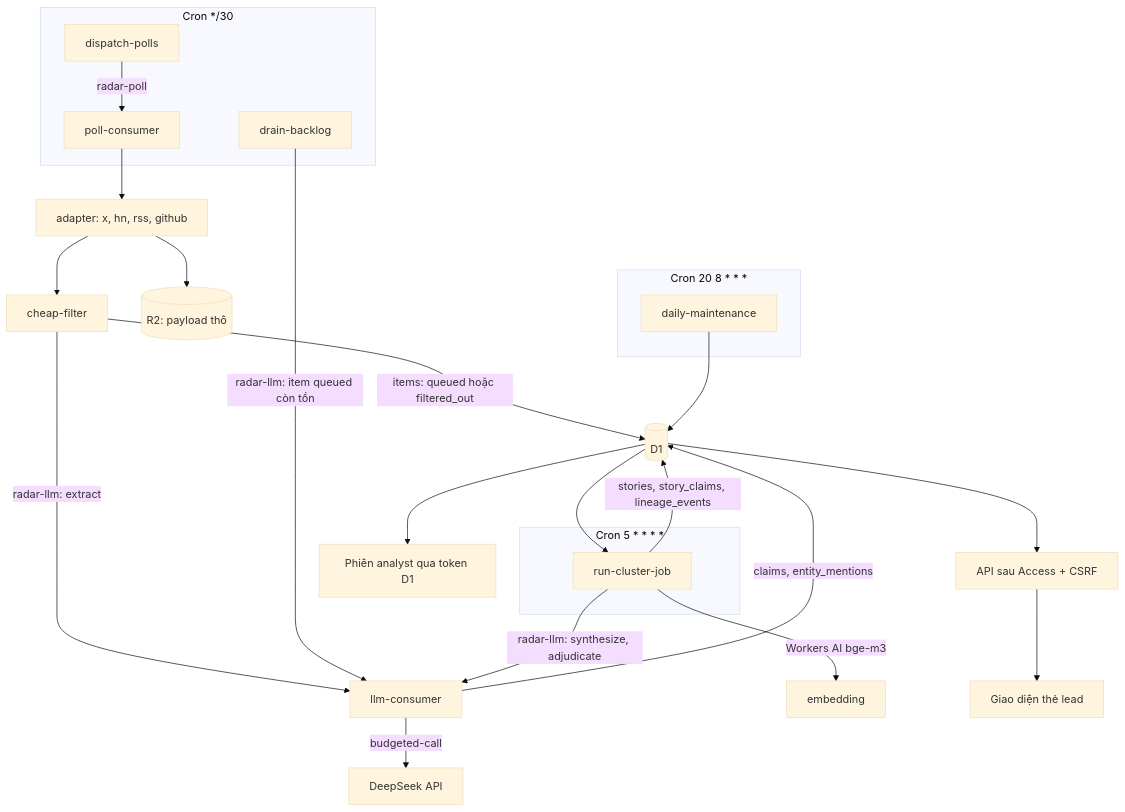
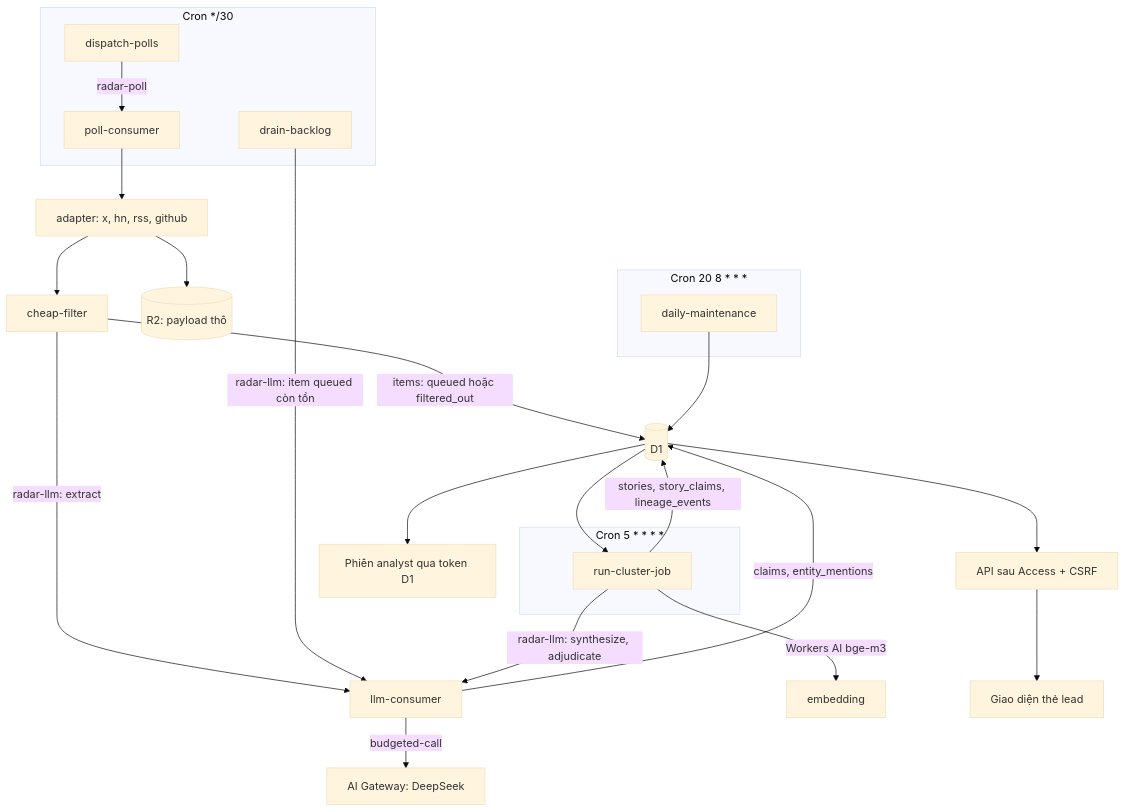
One commit to dijnie/content-radar changed the diagram in docs/architecture.md. Above: the diagram before and after it, drawn with Mermaid (base theme). The commit also changed other lines of this file and 15 other files, not shown here.

Commit message:
feat(llm): route DeepSeek through authenticated AI Gateway

````diff
--- a/docs/architecture.md
+++ b/docs/architecture.md
@@ -7,28 +7,28 @@
 ```mermaid
 flowchart TD
   subgraph "Cron */30"
     D[dispatch-polls] -->|radar-poll| P[poll-consumer]
     DR[drain-backlog]
   end
   P --> AD[adapter: x, hn, rss, github]
   AD --> R2[(R2: payload thô)]
   AD --> F[cheap-filter]
   F -->|items: queued hoặc filtered_out| D1[(D1)]
   F -->|radar-llm: extract| L[llm-consumer]
   DR -->|radar-llm: item queued còn tồn| L
-  L -->|budgeted-call| G[DeepSeek API]
+  L -->|budgeted-call| G[AI Gateway: DeepSeek]
   L -->|claims, entity_mentions| D1
   subgraph "Cron 5 * * * *"
     C[run-cluster-job]
   end
   D1 --> C
   C -->|Workers AI bge-m3| E[embedding]
   C -->|stories, story_claims, lineage_events| D1
   C -->|radar-llm: synthesize, adjudicate| L
   subgraph "Cron 20 8 * * *"
     M[daily-maintenance]
   end
   M --> D1
   D1 --> API[API sau Access + CSRF] --> WEB[Giao diện thẻ lead]
   D1 --> AN[Phiên analyst qua token D1]
 ```
````
